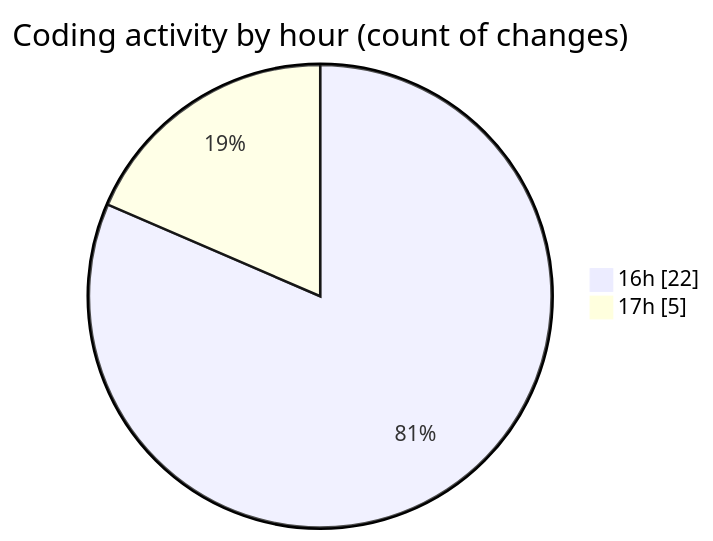
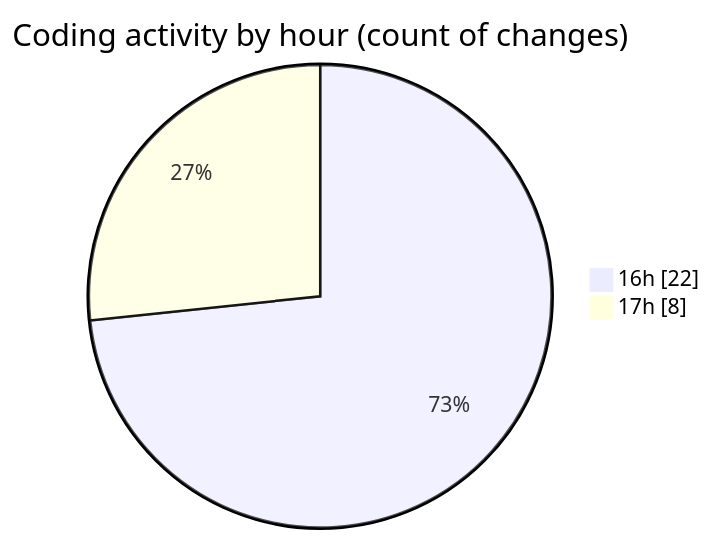
One commit to becaeroporto-bot/code-tracking changed the second of 2 diagrams in 2026-02-17/bot_v1_2/README.md. Above: the diagram before and after it, drawn with Mermaid. The commit also changed other lines of this file and 1 other file, not shown here.

````diff
--- a/2026-02-17/bot_v1_2/README.md
+++ b/2026-02-17/bot_v1_2/README.md
@@ -38,6 +39,6 @@
 ```mermaid
 pie showData
 title Coding activity by hour (count of changes)
 "16h" : 22
-"17h" : 5
+"17h" : 8
 ```
````
